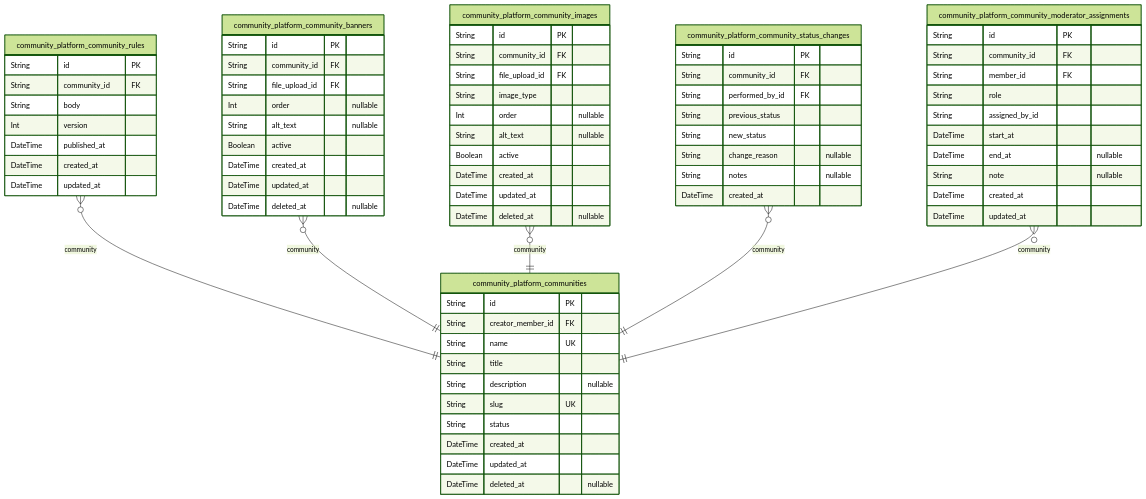
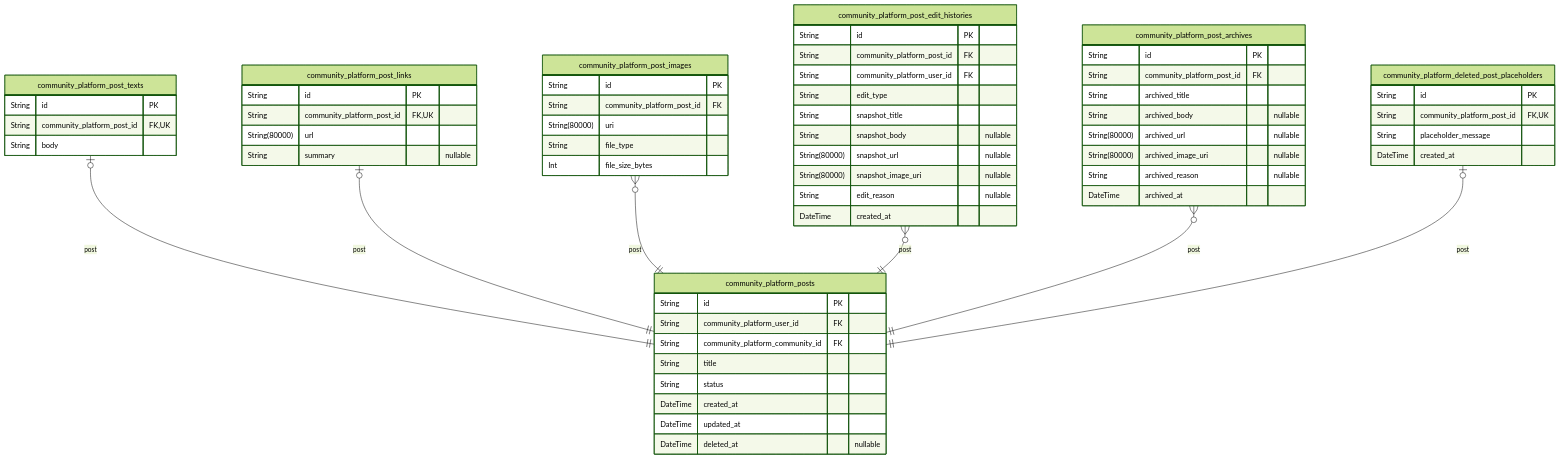
The fifth of 10 diagrams in openai/gpt-4.1/reddit/docs/ERD.md (wrtnlabs/autobe-examples), drawn with Mermaid (forest theme) before and after one commit. The commit also changed other lines of this file and 16146 other files, not shown here.

````diff
--- a/openai/gpt-4.1/reddit/docs/ERD.md
+++ b/openai/gpt-4.1/reddit/docs/ERD.md
@@ -309,74 +574,65 @@
 ```mermaid
 erDiagram
-"community_platform_communities" {
+"community_platform_posts" {
   String id PK
-  String creator_member_id FK
-  String name UK
+  String community_platform_user_id FK
+  String community_platform_community_id FK
   String title
-  String description "nullable"
-  String slug UK
   String status
   DateTime created_at
   DateTime updated_at
   DateTime deleted_at "nullable"
 }
-"community_platform_community_rules" {
+"community_platform_post_texts" {
   String id PK
-  String community_id FK
+  String community_platform_post_id FK,UK
   String body
-  Int version
-  DateTime published_at
-  DateTime created_at
-  DateTime updated_at
 }
-"community_platform_community_banners" {
+"community_platform_post_links" {
   String id PK
-  String community_id FK
-  String file_upload_id FK
-  Int order "nullable"
-  String alt_text "nullable"
-  Boolean active
-  DateTime created_at
-  DateTime updated_at
-  DateTime deleted_at "nullable"
+  String community_platform_post_id FK,UK
+  String(80000) url
+  String summary "nullable"
 }
-"community_platform_community_images" {
+"community_platform_post_images" {
   String id PK
-  String community_id FK
-  String file_upload_id FK
-  String image_type
-  Int order "nullable"
-  String alt_text "nullable"
-  Boolean active
-  DateTime created_at
-  DateTime updated_at
-  DateTime deleted_at "nullable"
+  String community_platform_post_id FK
+  String(80000) uri
+  String file_type
+  Int file_size_bytes
 }
-"community_platform_community_status_changes" {
+"community_platform_post_edit_histories" {
   String id PK
-  String community_id FK
-  String performed_by_id FK
-  String previous_status
-  String new_status
-  String change_reason "nullable"
-  String notes "nullable"
+  String community_platform_post_id FK
+  String community_platform_user_id FK
+  String edit_type
+  String snapshot_title
+  String snapshot_body "nullable"
+  String(80000) snapshot_url "nullable"
+  String(80000) snapshot_image_uri "nullable"
+  String edit_reason "nullable"
   DateTime created_at
 }
-"community_platform_community_moderator_assignments" {
+"community_platform_post_archives" {
   String id PK
-  String community_id FK
-  String member_id FK
-  String role
-  String assigned_by_id
-  DateTime start_at
-  DateTime end_at "nullable"
-  String note "nullable"
+  String community_platform_post_id FK
+  String archived_title
+  String archived_body "nullable"
+  String(80000) archived_url "nullable"
+  String(80000) archived_image_uri "nullable"
+  String archived_reason "nullable"
+  DateTime archived_at
+}
+"community_platform_deleted_post_placeholders" {
+  String id PK
+  String community_platform_post_id FK,UK
+  String placeholder_message
   DateTime created_at
-  DateTime updated_at
 }
-"community_platform_community_rules" }o--|| "community_platform_communities" : community
-"community_platform_community_banners" }o--|| "community_platform_communities" : community
-"community_platform_community_images" }o--|| "community_platform_communities" : community
-"community_platform_community_status_changes" }o--|| "community_platform_communities" : community
-"community_platform_community_moderator_assignments" }o--|| "community_platform_communities" : community
+"community_platform_post_texts" |o--|| "community_platform_posts" : post
+"community_platform_post_links" |o--|| "community_platform_posts" : post
+"community_platform_post_images" }o--|| "community_platform_posts" : post
+"community_platform_post_edit_histories" }o--|| "community_platform_posts" : post
+"community_platform_post_archives" }o--|| "community_platform_posts" : post
+"community_platform_deleted_post_placeholders" |o--|| "community_platform_posts" : post
 ```
````
